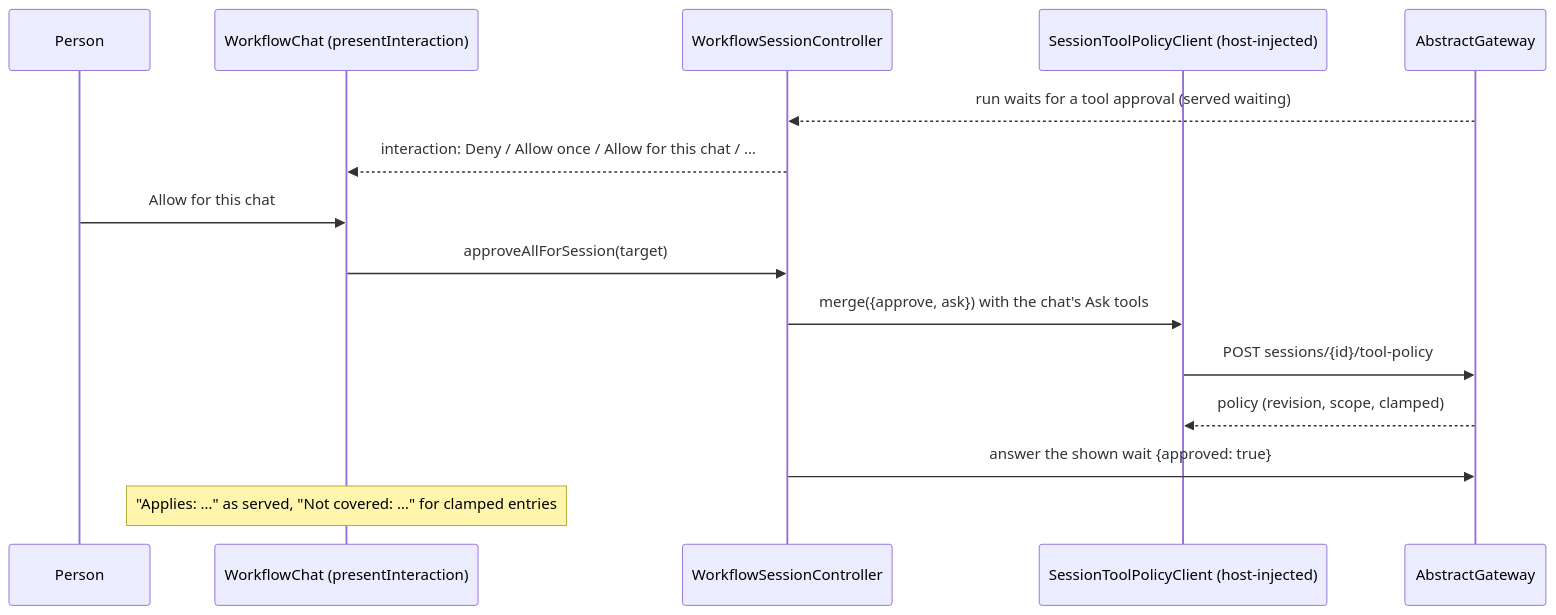
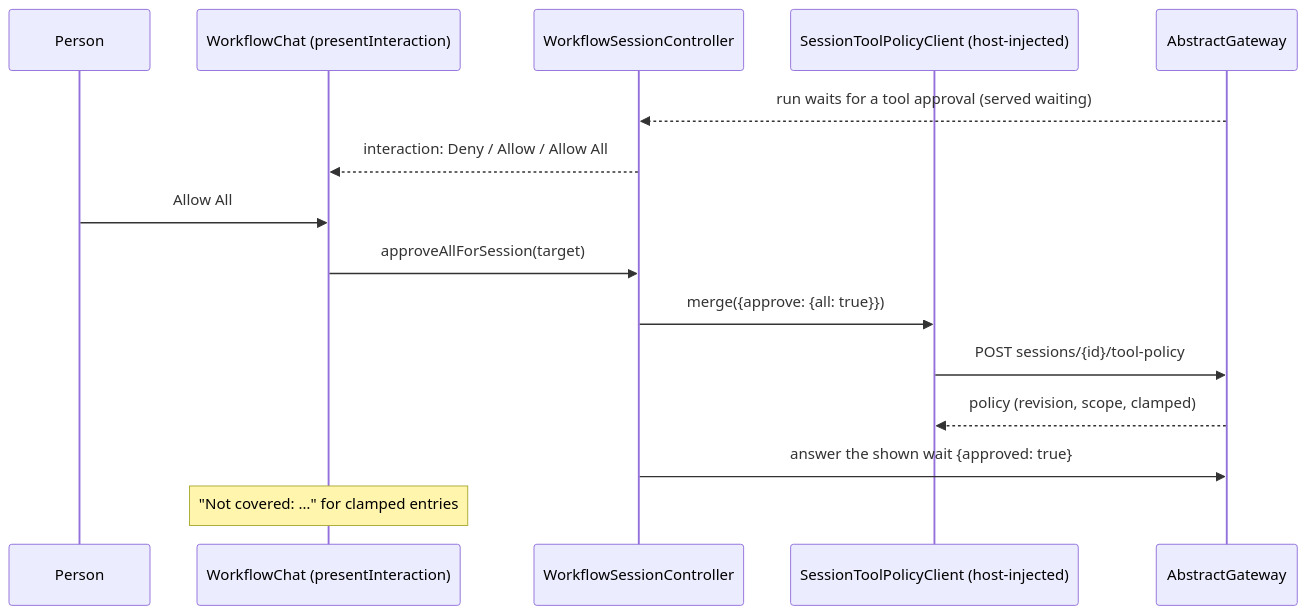
The fifth of 12 diagrams in docs/architecture.md (lpalbou/AbstractUIC), drawn with Mermaid before and after one commit. The commit also changed other lines of this file and 29 other files, not shown here.

First line of the commit message:
Release AbstractUIC 0.10.7: panel-chat 0.9.0 (the tool permission card offers exactly Deny, Allow and Allow All, for this session only)

````diff
--- a/docs/architecture.md
+++ b/docs/architecture.md
@@ -163,17 +164,17 @@
 ```mermaid
 sequenceDiagram
   participant U as Person
   participant C as WorkflowChat (presentInteraction)
   participant S as WorkflowSessionController
   participant P as SessionToolPolicyClient (host-injected)
   participant G as AbstractGateway
   G-->>S: run waits for a tool approval (served waiting)
-  S-->>C: interaction: Deny / Allow once / Allow for this chat / …
-  U->>C: Allow for this chat
+  S-->>C: interaction: Deny / Allow / Allow All
+  U->>C: Allow All
   C->>S: approveAllForSession(target)
-  S->>P: merge({approve, ask}) with the chat's Ask tools
+  S->>P: merge({approve: {all: true}})
   P->>G: POST sessions/{id}/tool-policy
   G-->>P: policy (revision, scope, clamped)
   S->>G: answer the shown wait {approved: true}
-  Note over C: "Applies: …" as served, "Not covered: …" for clamped entries
+  Note over C: "Not covered: …" for clamped entries
 ```
````
